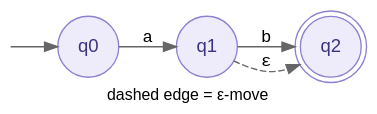
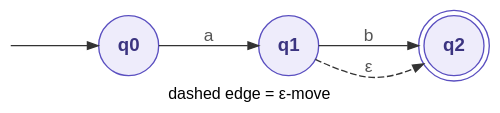
Before and after one commit to BillJr99/Ursinus-CS374: the diagram in files/dotty/example_epsnfa_ab_optional.dot, drawn with Graphviz. The commit also changed 11 other files, not shown here.

First line of the commit message:
Day 2 deck: redraw the two examples' diagrams in a straight-row layout (CS374 10/6 brief follow-up)

```diff
--- a/files/dotty/example_epsnfa_ab_optional.dot
+++ b/files/dotty/example_epsnfa_ab_optional.dot
@@ -1,14 +1,14 @@
 digraph example_epsnfa_ab_optional {
-  rankdir=LR;
-  bgcolor="transparent";
+  rankdir=LR; bgcolor="transparent"; nodesep=0.5; ranksep=0.9;
+  fontname="Helvetica"; fontsize=12; labelloc=b;
+  node [shape=circle, fixedsize=true, width=0.62, fontname="Helvetica-Bold", fontsize=14, style=filled, group=row];
+  edge [fontname="Helvetica", fontsize=13, color="#333333", fontcolor="#555555", arrowsize=0.8];
+  __start [shape=point, style=invis, width=0, group=row];
   label="dashed edge = ε-move";
-  labelloc=b; fontname="Helvetica"; fontsize=12;
-  node [shape=circle, fontname="Helvetica", fontsize=14, style=filled, fillcolor="#EEECFB", color="#8C82D0", fontcolor="#3B3480"];
-  edge [fontname="Courier", fontsize=13, color="#666666"];
-  __start [shape=point, style=invis, width=0];
+  node [fillcolor="#EEECFB", color="#5A4FC0", fontcolor="#3B3480"];
   q2 [shape=doublecircle];
   __start -> q0;
   q0 -> q1 [label="a"];
   q1 -> q2 [label="b"];
   q1 -> q2 [label="ε", style=dashed];
 }
```
